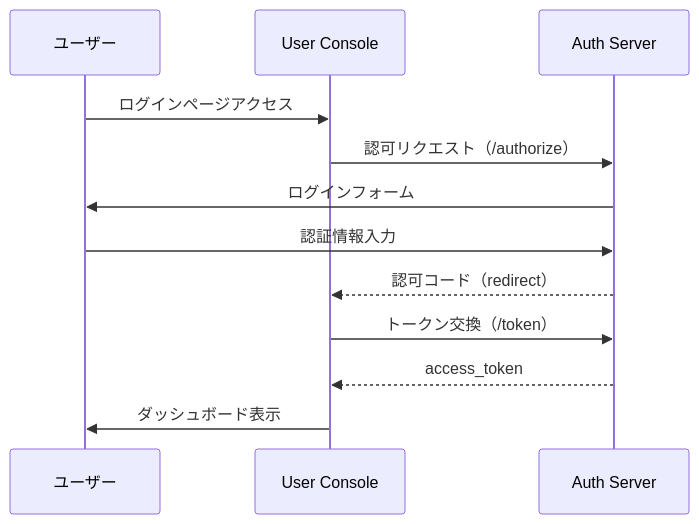
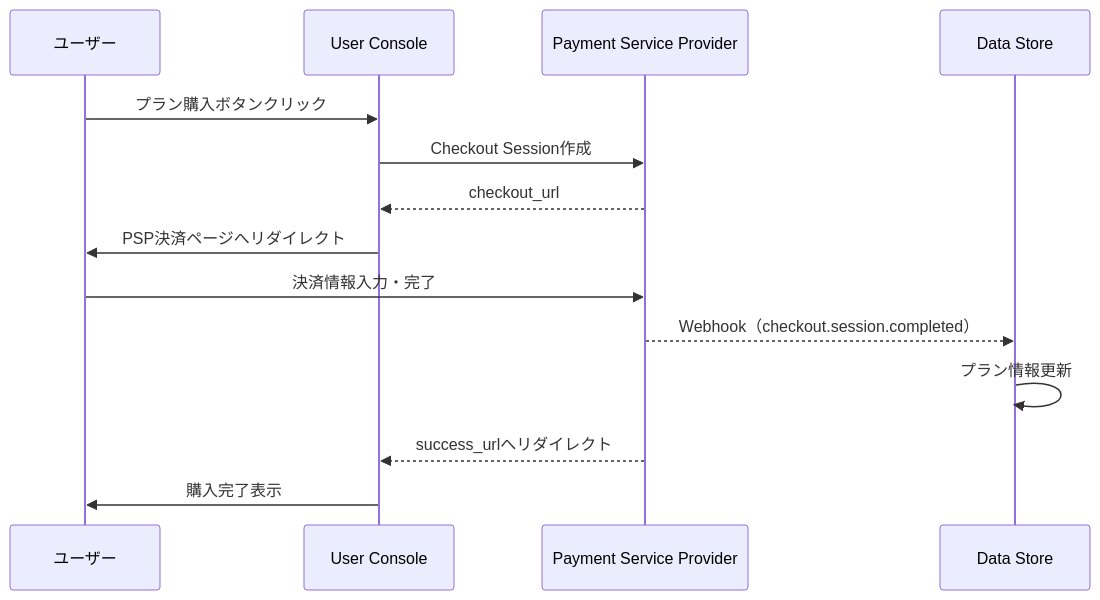
One commit to shibaleo/mcpist changed the first of 3 diagrams in docs/specification/dtl-spc/itr-con.md. Above: the diagram before and after it, drawn with Mermaid. The commit also changed other lines of this file and 23 other files, not shown here.

````diff
--- a/docs/specification/dtl-spc/itr-con.md
+++ b/docs/specification/dtl-spc/itr-con.md
@@ -52,15 +48,17 @@
 ```mermaid
 sequenceDiagram
     participant User as ユーザー
     participant CON as User Console
-    participant AUS as Auth Server
+    participant PSP as Payment Service Provider
+    participant DST as Data Store
 
-    User->>CON: ログインページアクセス
-    CON->>AUS: 認可リクエスト（/authorize）
-    AUS->>User: ログインフォーム
-    User->>AUS: 認証情報入力
-    AUS-->>CON: 認可コード（redirect）
-    CON->>AUS: トークン交換（/token）
-    AUS-->>CON: access_token
-    CON->>User: ダッシュボード表示
+    User->>CON: プラン購入ボタンクリック
+    CON->>PSP: Checkout Session作成
+    PSP-->>CON: checkout_url
+    CON->>User: PSP決済ページへリダイレクト
+    User->>PSP: 決済情報入力・完了
+    PSP-->>DST: Webhook（checkout.session.completed）
+    DST->>DST: プラン情報更新
+    PSP-->>CON: success_urlへリダイレクト
+    CON->>User: 購入完了表示
 ```
````
